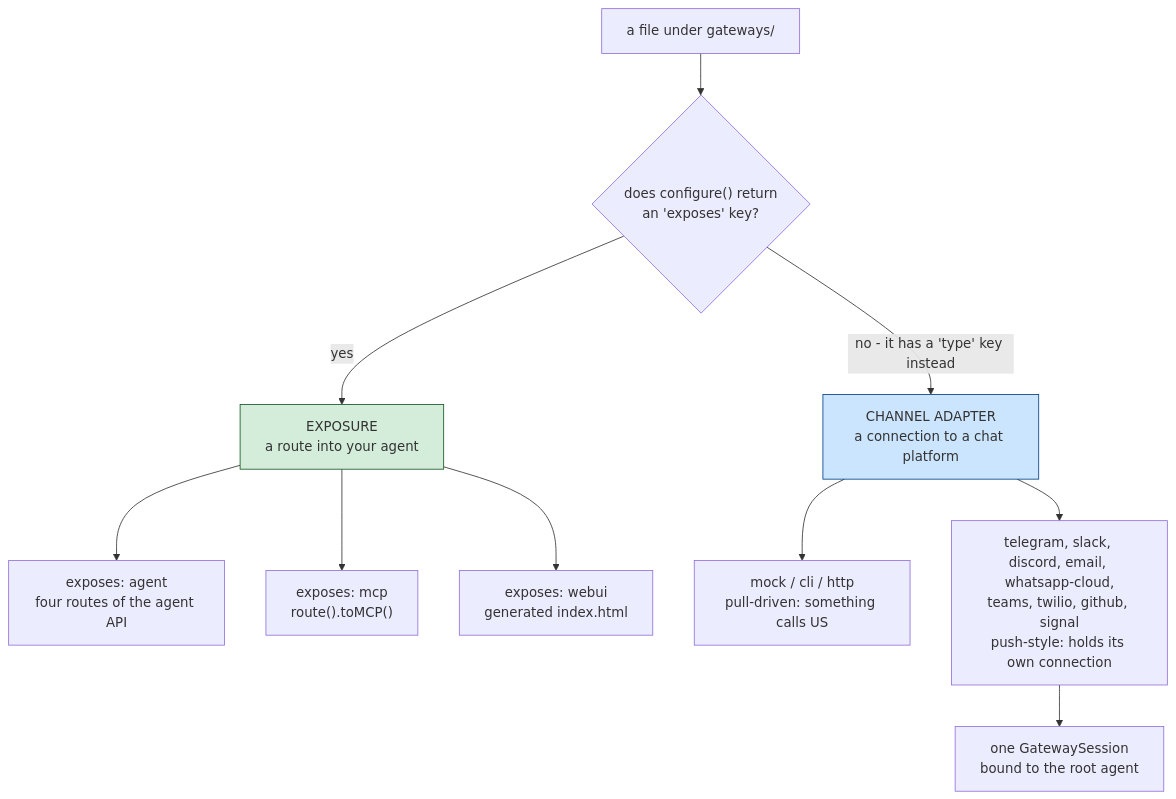
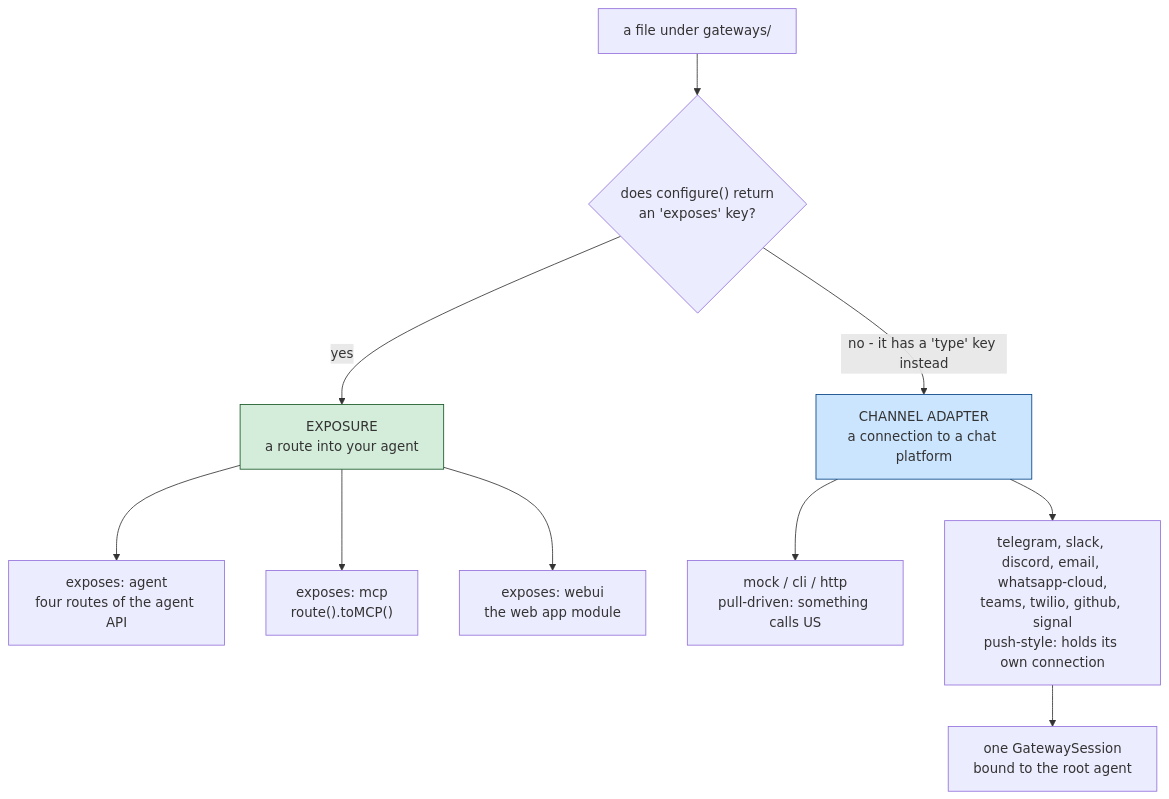
Before and after one commit to ortus-boxlang/bx-agents: the first of 2 diagrams in docs/conventions/gateways/index.md, drawn with Mermaid. The commit also changed other lines of this file and 86 other files, not shown here.

First line of the commit message:
Web app: mount the bxagentsui module at the gateway's path and remove the old page

````diff
--- a/docs/conventions/gateways/index.md
+++ b/docs/conventions/gateways/index.md
@@ -16,15 +16,15 @@
 ```mermaid
 flowchart TD
     F["a file under gateways/"] --> Q{"does configure() return<br/>an 'exposes' key?"}
     Q -->|"yes"| E["EXPOSURE<br/>a route into your agent"]
     Q -->|"no - it has a 'type' key instead"| C["CHANNEL ADAPTER<br/>a connection to a chat platform"]
     E --> E1["exposes: agent<br/>four routes of the agent API"]
     E --> E2["exposes: mcp<br/>route().toMCP()"]
-    E --> E3["exposes: webui<br/>generated index.html"]
+    E --> E3["exposes: webui<br/>the web app module"]
     C --> C1["mock / cli / http<br/>pull-driven: something calls US"]
     C --> C2["telegram, slack, discord, email, whatsapp-cloud,<br/>teams, twilio, github, signal<br/>push-style: holds its own connection"]
     C2 --> S["one GatewaySession<br/>bound to the root agent"]
 
     style E fill:#d4edda,stroke:#155724
     style C fill:#cce5ff,stroke:#004085
 ```
````
